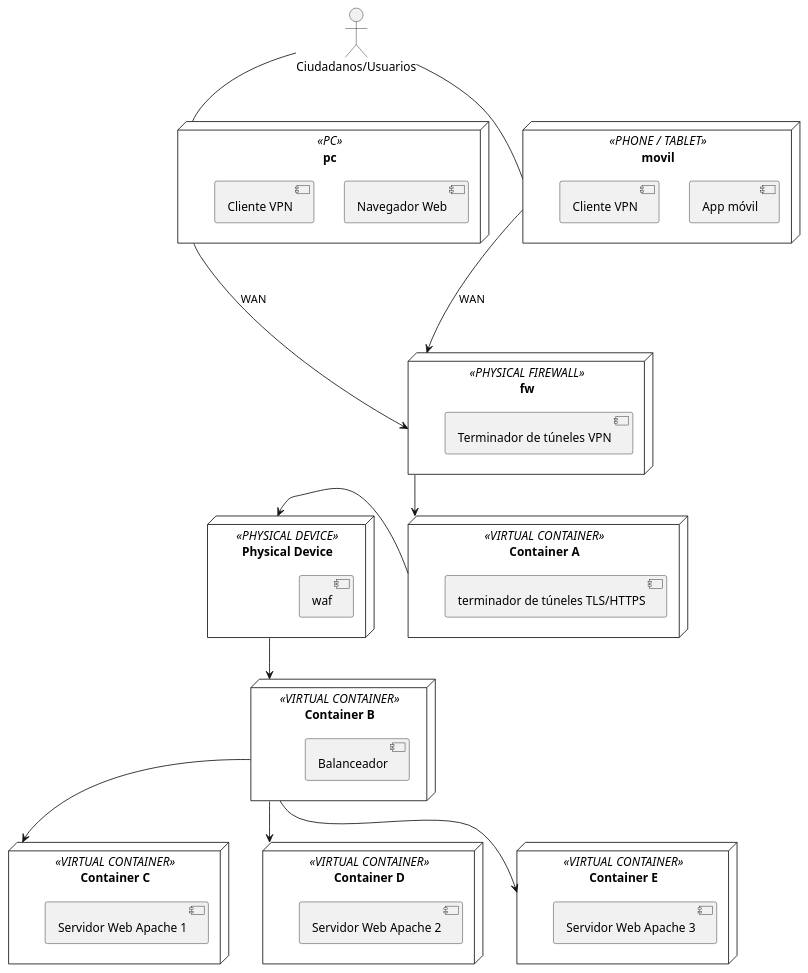
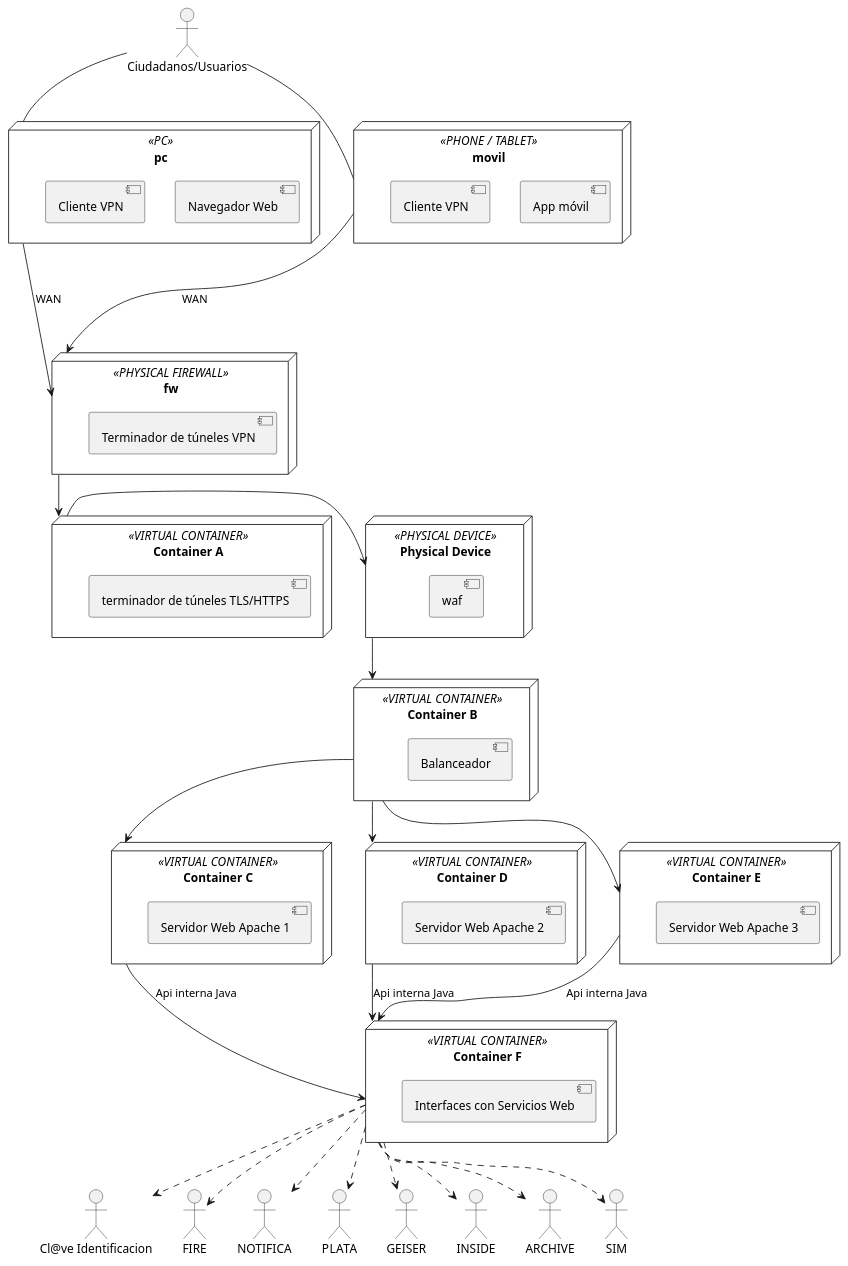
One commit to pmoreno-rodriguez/opos_gsi changed the diagram in docs/temas/Diagramas/ejemplo1-diagrama-despliegue.md. Above: the diagram before and after it, drawn with PlantUML.

Commit message:
actualización diagrama despliegue

````diff
--- a/docs/temas/Diagramas/ejemplo1-diagrama-despliegue.md
+++ b/docs/temas/Diagramas/ejemplo1-diagrama-despliegue.md
@@ -3,48 +3,62 @@
 ```plantuml
 @startuml
 actor "Ciudadanos/Usuarios" as ciudadano
 
 ciudadano -down- pc
 ciudadano -down- movil
 pc -down--> fw: WAN
 movil -down--> fw: WAN
 fw -->"Container A"
-"Container A" -left->"Physical Device"
+"Container A" -right->"Physical Device"
 "Physical Device" -->"Container B"
 "Container B" -->"Container C"
 "Container B" -->"Container D"
 "Container B" -->"Container E"
+"Container C" -->"Container F" : "Api interna Java"
+"Container D" -->"Container F" : "Api interna Java"
+"Container E" -->"Container F" : "Api interna Java"
 
 
 node "PC" as pc <<PC>> {
     component "Navegador Web" as browser
     component "Cliente VPN" as clientevpn_pc
 }
 node "móvil" as movil <<PHONE / TABLET>> {
     component "App móvil" as app
     component "Cliente VPN" as clientevpn_movil
 }
 node "Firewall" as fw <<PHYSICAL FIREWALL>> {
     component "Terminador de túneles VPN" as terminador
 }
 node "Container A" <<VIRTUAL CONTAINER>> {
     component "terminador de túneles TLS/HTTPS"
 }
 node "Physical Device" <<PHYSICAL DEVICE>>  {
     component "waf"
 }
 node "Container B" <<VIRTUAL CONTAINER>> {
     component "Balanceador"
 }
 node "Container C" <<VIRTUAL CONTAINER>> {
     component "Servidor Web Apache 1"
 }
 node "Container D" <<VIRTUAL CONTAINER>> {
     component "Servidor Web Apache 2"
 }
 node "Container E" <<VIRTUAL CONTAINER>> {
     component "Servidor Web Apache 3"
 }
+node "Container F" <<VIRTUAL CONTAINER>> {
+    component "Interfaces con Servicios Web"
+}
+"Container F" ..> "Cl@ve Identificacion"
+"Container F" ..> "FIRE"
+"Container F" ..> "NOTIFICA"
+"Container F" ..> "PLATA"
+"Container F" ..> "GEISER"
+"Container F" ..> "INSIDE"
+"Container F" ..> "ARCHIVE"
+"Container F" ..> "SIM"
 
 @enduml
 ```
````
